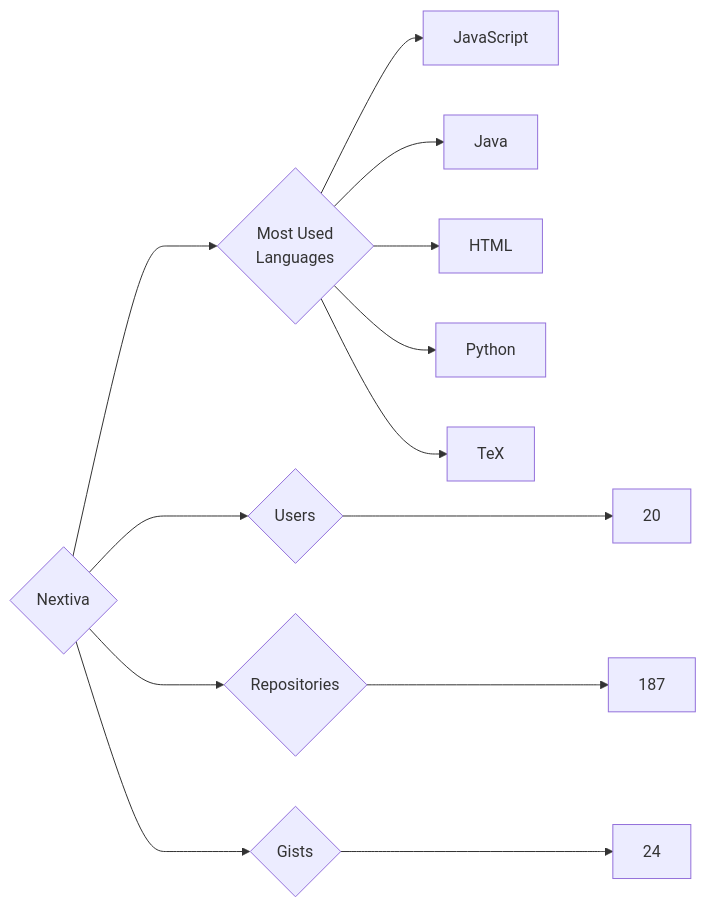
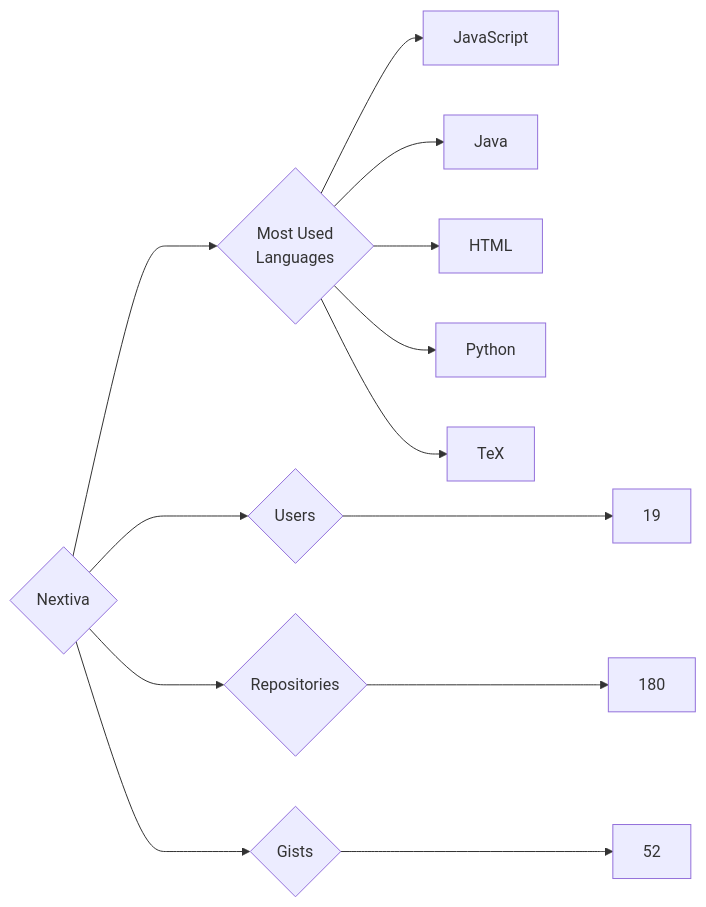
Before and after one commit to trickest/insiders: the diagram in targets/Nextiva/README.md, drawn with Mermaid. The commit also changed 806 other files, not shown here.

````diff
--- a/targets/Nextiva/README.md
+++ b/targets/Nextiva/README.md
@@ -3,13 +3,13 @@
 ```mermaid
 graph LR
 COMPANY_NAME{Nextiva}
-COMPANY_NAME ---> U{Users} ---> UN[20]
-COMPANY_NAME ---> R{Repositories} ---> RN[187]
-COMPANY_NAME ---> G{Gists} ---> GN[24]
+COMPANY_NAME ---> U{Users} ---> UN[19]
+COMPANY_NAME ---> R{Repositories} ---> RN[180]
+COMPANY_NAME ---> G{Gists} ---> GN[52]
 COMPANY_NAME ---> ML{Most Used<br>Languages}
 ML --> JavaScript[JavaScript]
 ML --> Java[Java]
 ML --> HTML[HTML]
 ML --> Python[Python]
 ML --> TeX[TeX]
 ```
````
